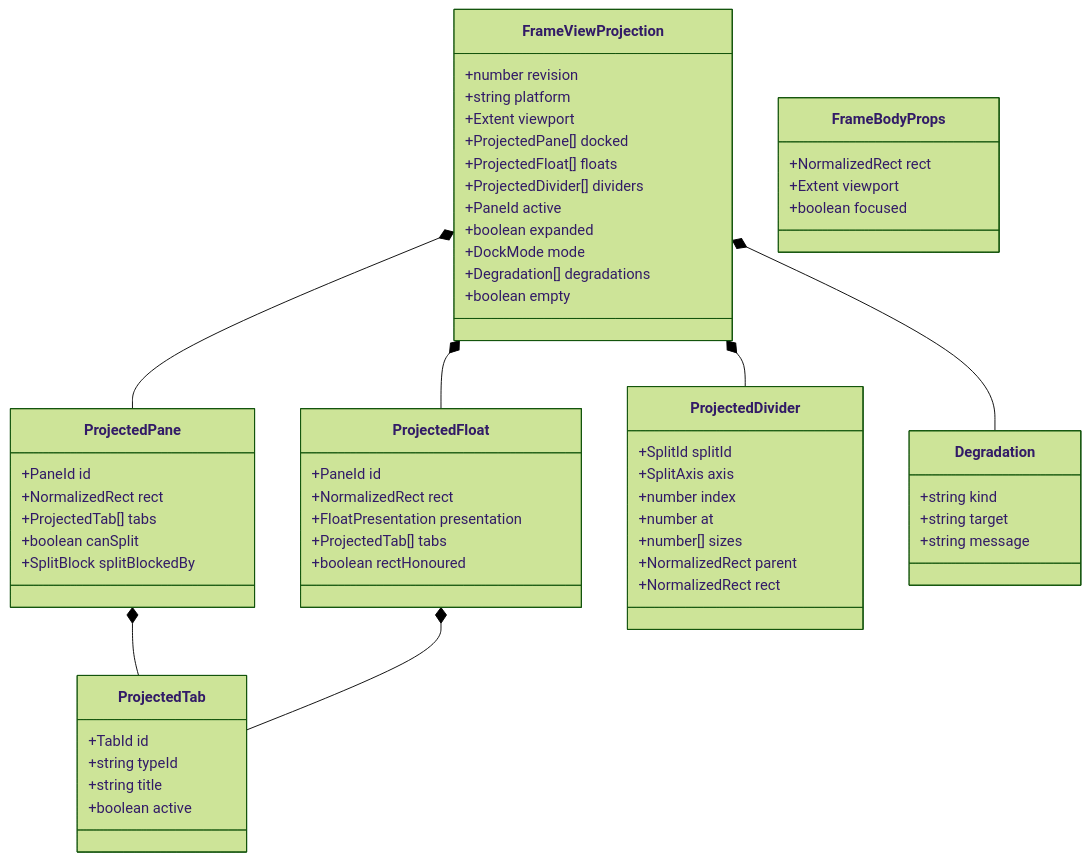
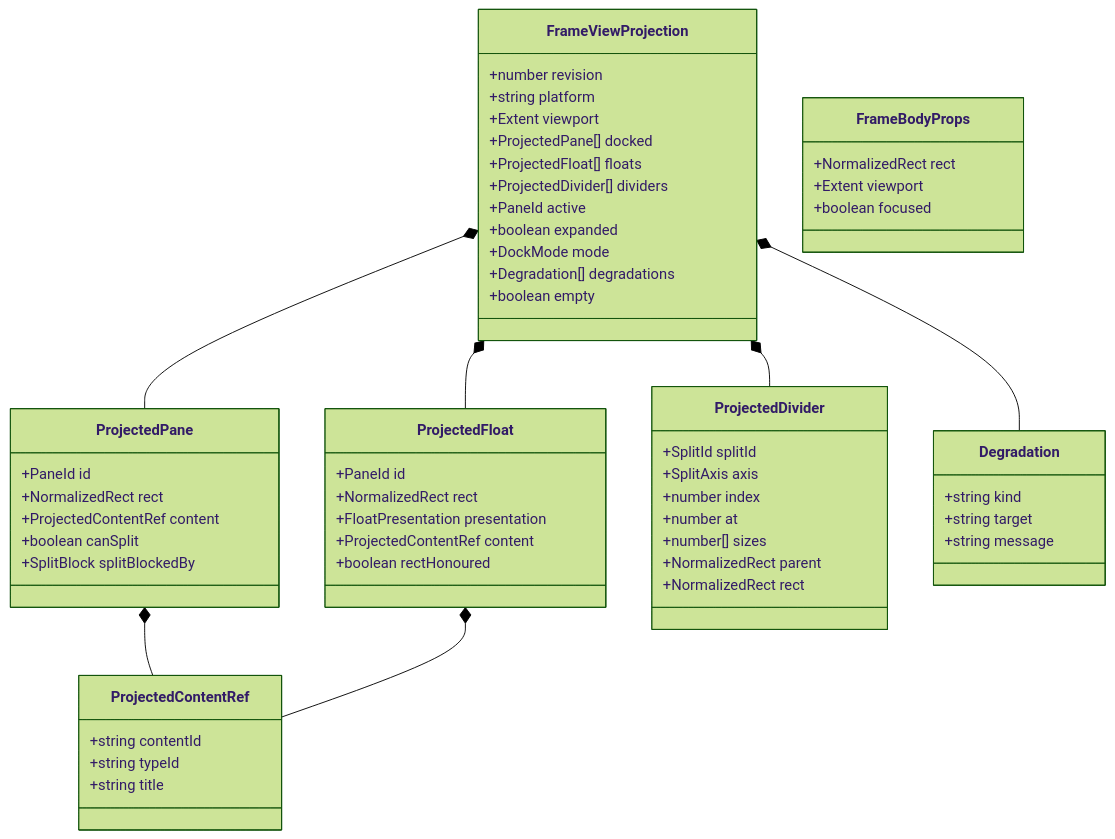
Before and after one commit to AllenSue/dsh-frame-core: the fifth of 7 diagrams in DESIGN.md, drawn with Mermaid (forest theme). The commit also changed other lines of this file and 14 other files, not shown here.

First line of the commit message:
feat(frames)!: a frame displays one content, and tabs are not the core's business

````diff
--- a/DESIGN.md
+++ b/DESIGN.md
@@ -259,62 +261,61 @@
 ```mermaid
 classDiagram
     class FrameViewProjection {
         +number revision
         +string platform
         +Extent viewport
         +ProjectedPane[] docked
         +ProjectedFloat[] floats
         +ProjectedDivider[] dividers
         +PaneId active
         +boolean expanded
         +DockMode mode
         +Degradation[] degradations
         +boolean empty
     }
     class ProjectedPane {
         +PaneId id
         +NormalizedRect rect
-        +ProjectedTab[] tabs
+        +ProjectedContentRef content
         +boolean canSplit
         +SplitBlock splitBlockedBy
     }
     class ProjectedFloat {
         +PaneId id
         +NormalizedRect rect
         +FloatPresentation presentation
-        +ProjectedTab[] tabs
+        +ProjectedContentRef content
         +boolean rectHonoured
     }
-    class ProjectedTab {
-        +TabId id
+    class ProjectedContentRef {
+        +string contentId
         +string typeId
         +string title
-        +boolean active
     }
     class ProjectedDivider {
         +SplitId splitId
         +SplitAxis axis
         +number index
         +number at
         +number[] sizes
         +NormalizedRect parent
         +NormalizedRect rect
     }
     class Degradation {
         +string kind
         +string target
         +string message
     }
     class FrameBodyProps {
         +NormalizedRect rect
         +Extent viewport
         +boolean focused
     }
 
     FrameViewProjection *-- ProjectedPane
     FrameViewProjection *-- ProjectedFloat
     FrameViewProjection *-- ProjectedDivider
     FrameViewProjection *-- Degradation
-    ProjectedPane *-- ProjectedTab
-    ProjectedFloat *-- ProjectedTab
+    ProjectedPane *-- ProjectedContentRef
+    ProjectedFloat *-- ProjectedContentRef
 ```
````
